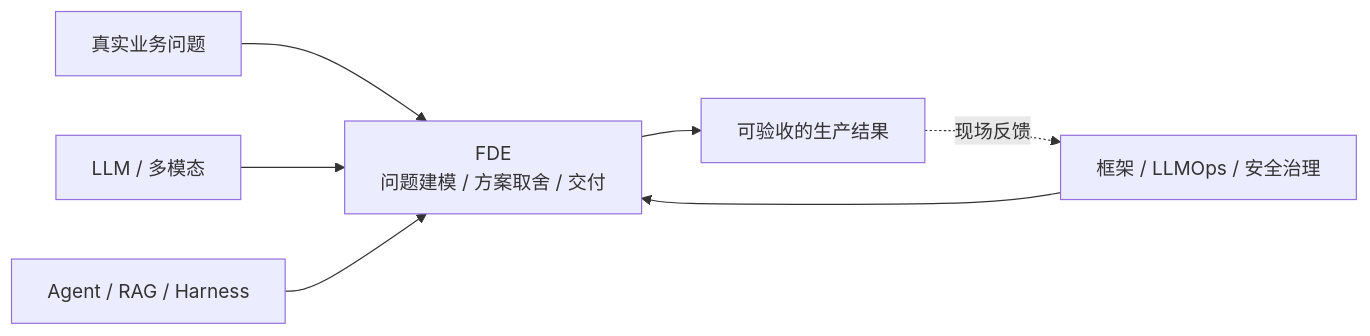
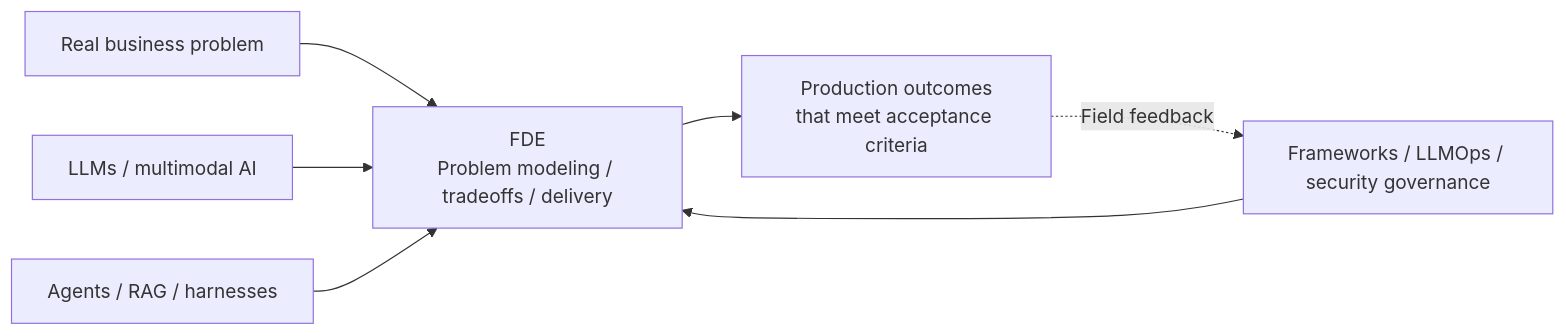
One commit to oneleaveknowsthefall/awesome-ai-roadmap changed the diagram in docs/fde/README.md. Above: the diagram before and after it, drawn with Mermaid. The commit also changed other lines of this file and 82 other files, not shown here.

````diff
--- a/docs/fde/README.md
+++ b/docs/fde/README.md
@@ -24,9 +24,9 @@
 ```mermaid
 flowchart LR
-    NEED["真实业务问题"] --> FDE["FDE<br/>问题建模 / 方案取舍 / 交付"]
-    MODEL["LLM / 多模态"] --> FDE
-    APP["Agent / RAG / Harness"] --> FDE
-    PLATFORM["框架 / LLMOps / 安全治理"] --> FDE
-    FDE --> OUTCOME["可验收的生产结果"]
-    OUTCOME -.现场反馈.-> PLATFORM
+    NEED["Real business problem"] --> FDE["FDE<br/>Problem modeling / tradeoffs / delivery"]
+    MODEL["LLMs / multimodal AI"] --> FDE
+    APP["Agents / RAG / harnesses"] --> FDE
+    PLATFORM["Frameworks / LLMOps / security governance"] --> FDE
+    FDE --> OUTCOME["Production outcomes<br/>that meet acceptance criteria"]
+    OUTCOME -.Field feedback.-> PLATFORM
 ```
````
